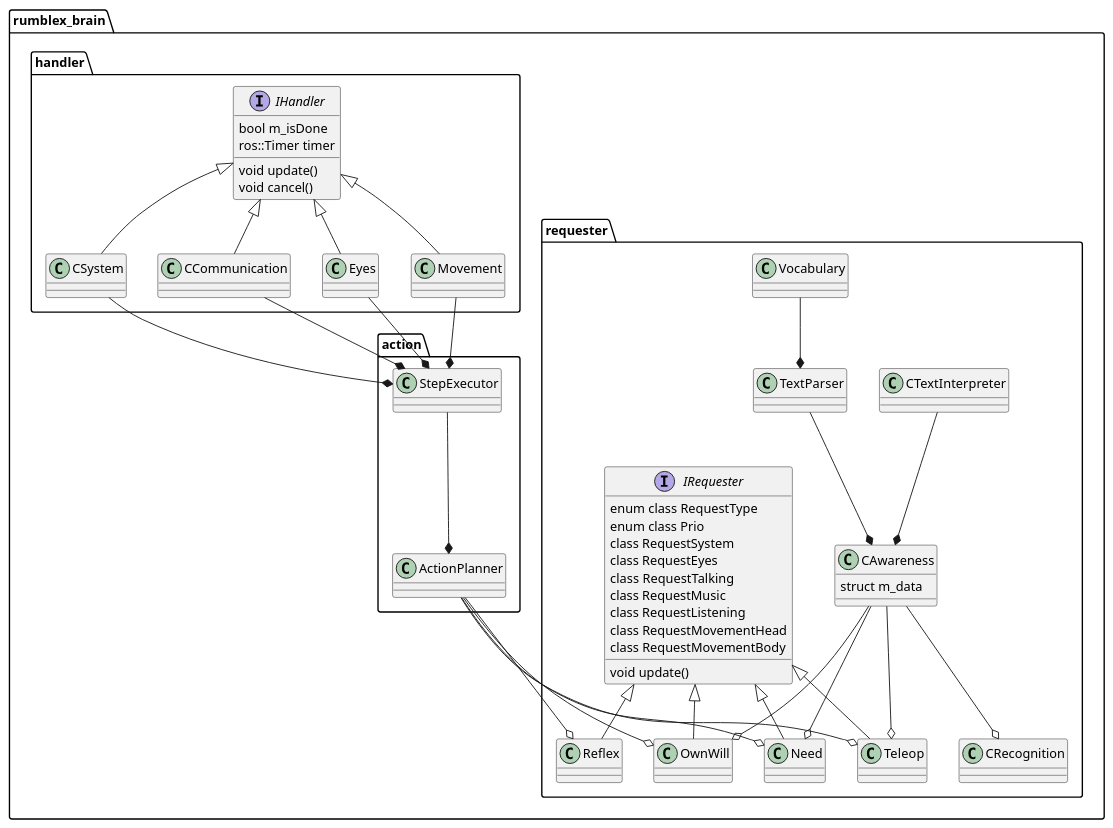
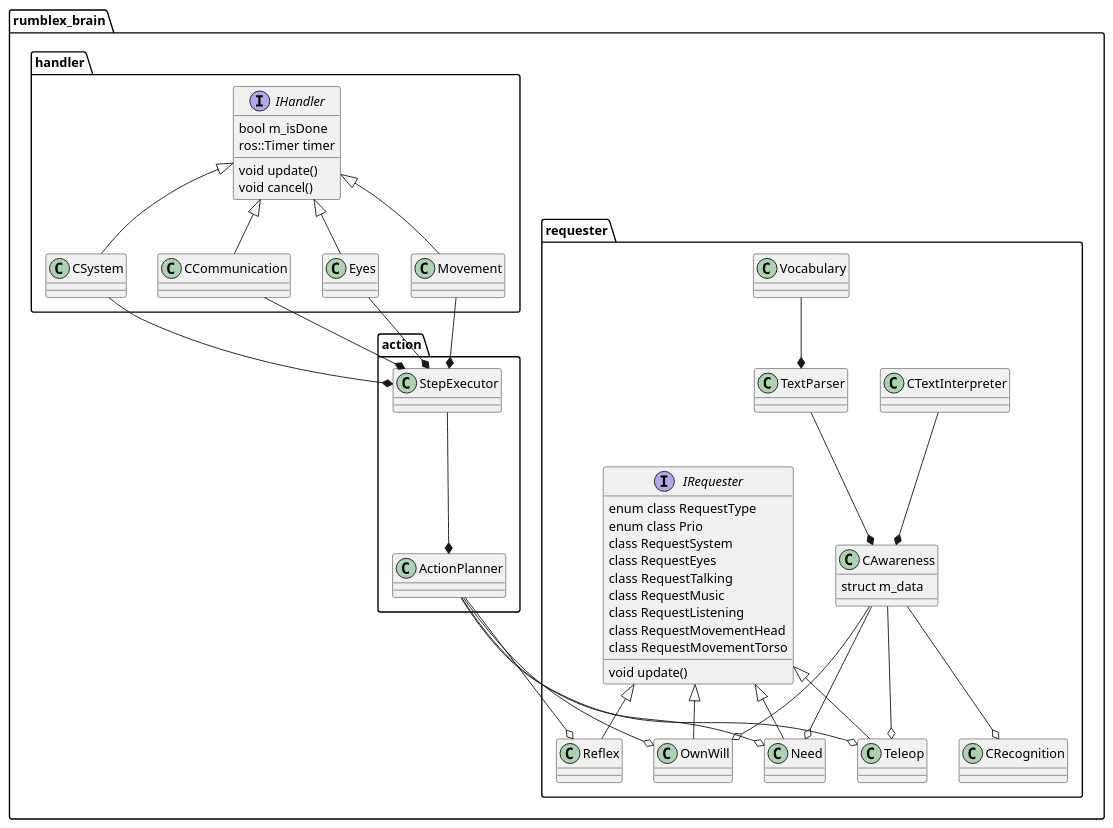
Before and after one commit to SteinRobotics/ros2_hexapod_rumblex: the diagram in rumblex_movement/overview.pu, drawn with PlantUML. The commit also changed 51 other files, not shown here.

```diff
--- a/rumblex_movement/overview.pu
+++ b/rumblex_movement/overview.pu
@@ -1,66 +1,66 @@
 @startuml
 
 package "rumblex_brain" {
     package "action" {
         class ActionPlanner
         class StepExecutor
     }
     package "requester" {
         interface IRequester {
           enum class RequestType
           enum class Prio
           class RequestSystem
           class RequestEyes
           class RequestTalking
           class RequestMusic
           class RequestListening
           class RequestMovementHead
-          class RequestMovementBody
+          class RequestMovementTorso
           void update()
         }
         IRequester <|-- OwnWill
         IRequester <|-- Need
         IRequester <|-- Teleop
         IRequester <|-- Reflex
     }
     package "handler" {
         interface IHandler {
             bool m_isDone
             ros::Timer timer
             void update()
             void cancel()
         }
         IHandler <|-- Movement
         IHandler <|-- Eyes
         IHandler <|-- CCommunication
         IHandler <|-- CSystem
     }
     package "requester" {
         class CRecognition
         class CTextInterpreter
         class TextParser
         class Vocabulary
         class CRecognition
         class CAwareness {
             struct m_data
         }
     }
 
     StepExecutor --* ActionPlanner
     ActionPlanner --o OwnWill
     ActionPlanner --o Need
     ActionPlanner --o Teleop
     ActionPlanner --o Reflex
     StepExecutor *-up- Movement
     StepExecutor *-up- Eyes
     StepExecutor *-up- CCommunication
     StepExecutor *-up- CSystem
     CAwareness --o CRecognition
     TextParser --* CAwareness
     Vocabulary --* TextParser
     CTextInterpreter --* CAwareness
     CAwareness -down-o OwnWill
     CAwareness -down-o Need
     CAwareness -down-o Teleop
 }
 @enduml
```
